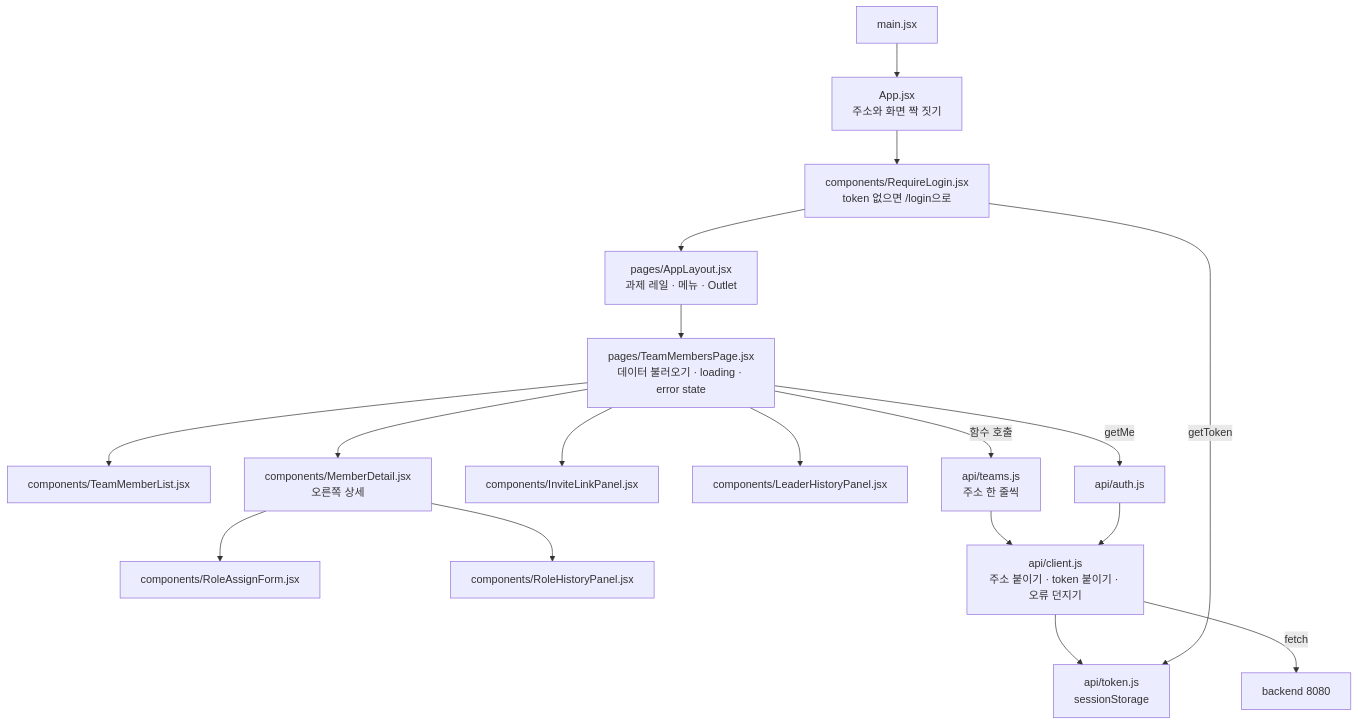
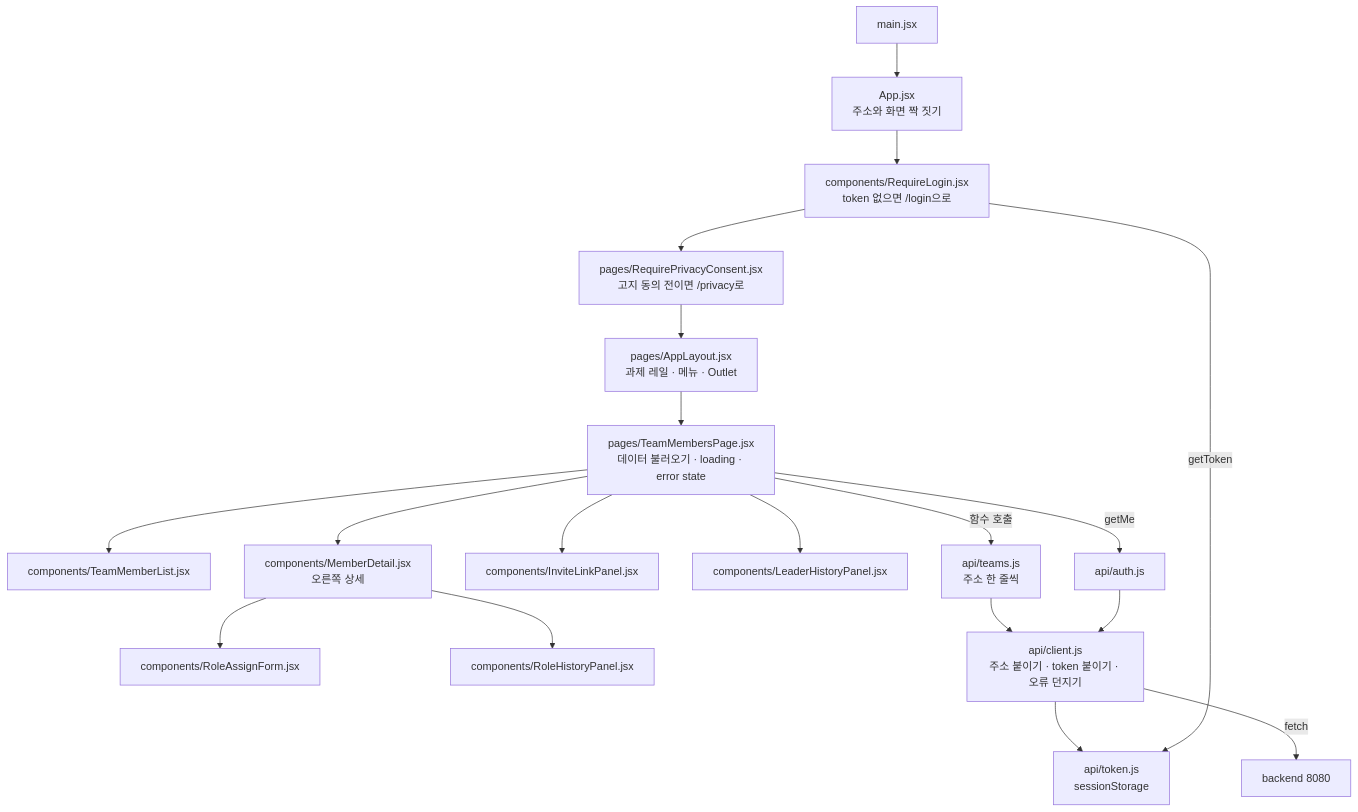
One commit to Pyrite9/footprint-demo changed the fourth of 5 diagrams in docs/architecture.md. Above: the diagram before and after it, drawn with Mermaid. The commit also changed other lines of this file and 24 other files, not shown here.

First line of the commit message:
feat: add privacy notice and consent

````diff
--- a/docs/architecture.md
+++ b/docs/architecture.md
@@ -134,22 +134,23 @@
 ```mermaid
 flowchart TB
     main["main.jsx"] --> app["App.jsx<br/>주소와 화면 짝 짓기"]
     app --> require["components/RequireLogin.jsx<br/>token 없으면 /login으로"]
-    require --> layout["pages/AppLayout.jsx<br/>과제 레일 · 메뉴 · Outlet"]
+    require --> consent["pages/RequirePrivacyConsent.jsx<br/>고지 동의 전이면 /privacy로"]
+    consent --> layout["pages/AppLayout.jsx<br/>과제 레일 · 메뉴 · Outlet"]
     layout --> page["pages/TeamMembersPage.jsx<br/>데이터 불러오기 · loading · error state"]
 
     page --> comp1["components/TeamMemberList.jsx"]
     page --> comp2["components/MemberDetail.jsx<br/>오른쪽 상세"]
     comp2 --> comp6["components/RoleAssignForm.jsx"]
     comp2 --> comp4["components/RoleHistoryPanel.jsx"]
     page --> comp3["components/InviteLinkPanel.jsx"]
     page --> comp5["components/LeaderHistoryPanel.jsx"]
 
     page -- "함수 호출" --> api["api/teams.js<br/>주소 한 줄씩"]
     page -- "getMe" --> auth["api/auth.js"]
     api --> client["api/client.js<br/>주소 붙이기 · token 붙이기 · 오류 던지기"]
     auth --> client
     client --> token["api/token.js<br/>sessionStorage"]
     require -- "getToken" --> token
     client -- "fetch" --> server["backend 8080"]
 ```
````
